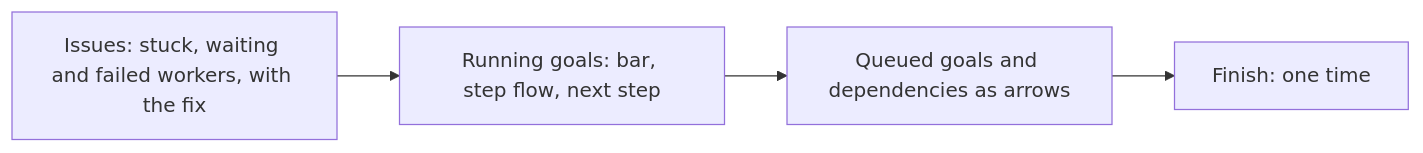
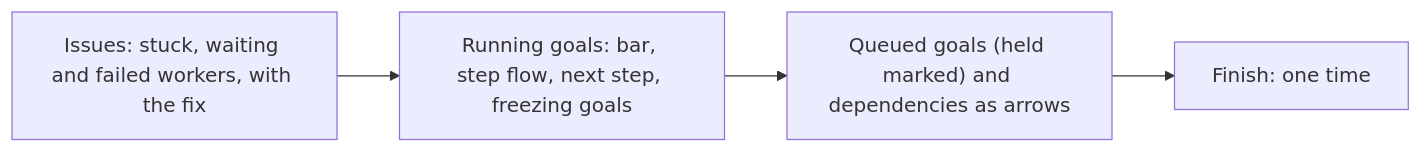
Diagram 17 of 17 in skills/workflow-monitoring/references/commands.md (jcl2018/agent-workflow-template), drawn with Mermaid before and after one commit. The commit also changed other lines of this file and 3 other files, not shown here.

````diff
--- a/skills/workflow-monitoring/references/commands.md
+++ b/skills/workflow-monitoring/references/commands.md
@@ -382,10 +432,10 @@
 ```mermaid
 flowchart LR
   a["Issues: stuck, waiting and failed workers, with the fix"]
-  b["Running goals: bar, step flow, next step"]
-  c["Queued goals and dependencies as arrows"]
+  b["Running goals: bar, step flow, next step, freezing goals"]
+  c["Queued goals (held marked) and dependencies as arrows"]
   d["Finish: one time"]
   a --> b
   b --> c
   c --> d
 ```
````
